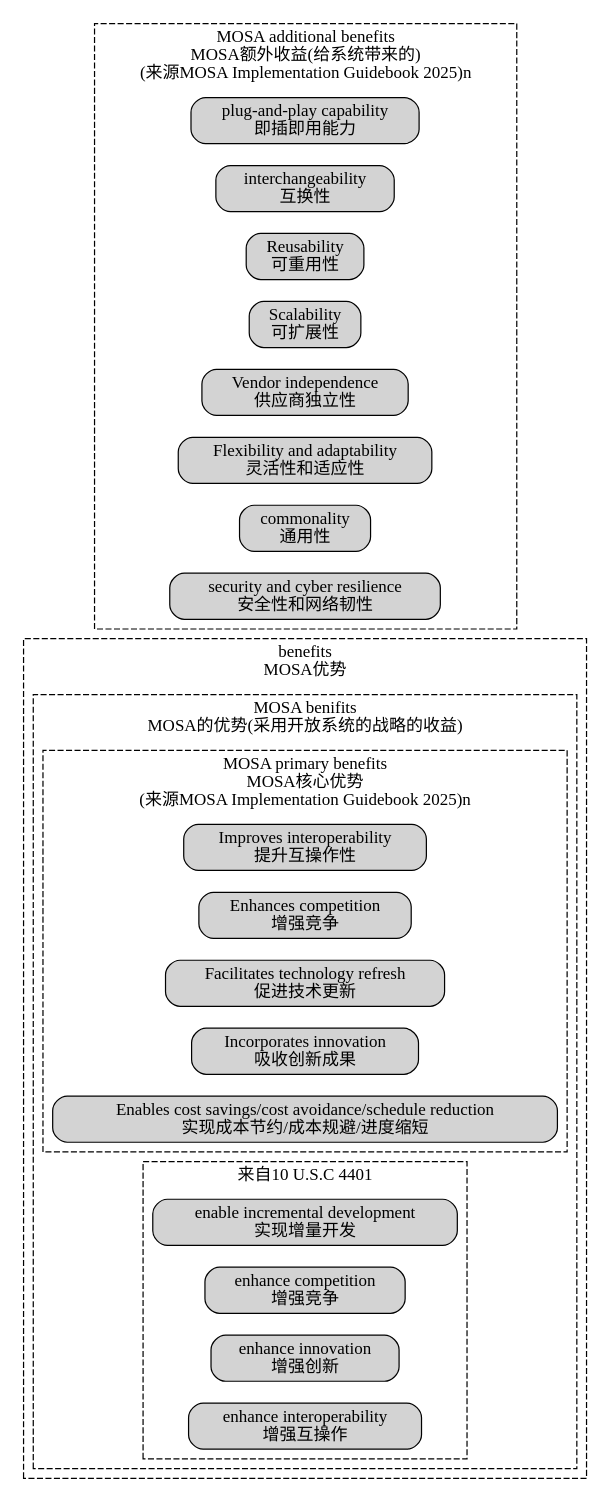
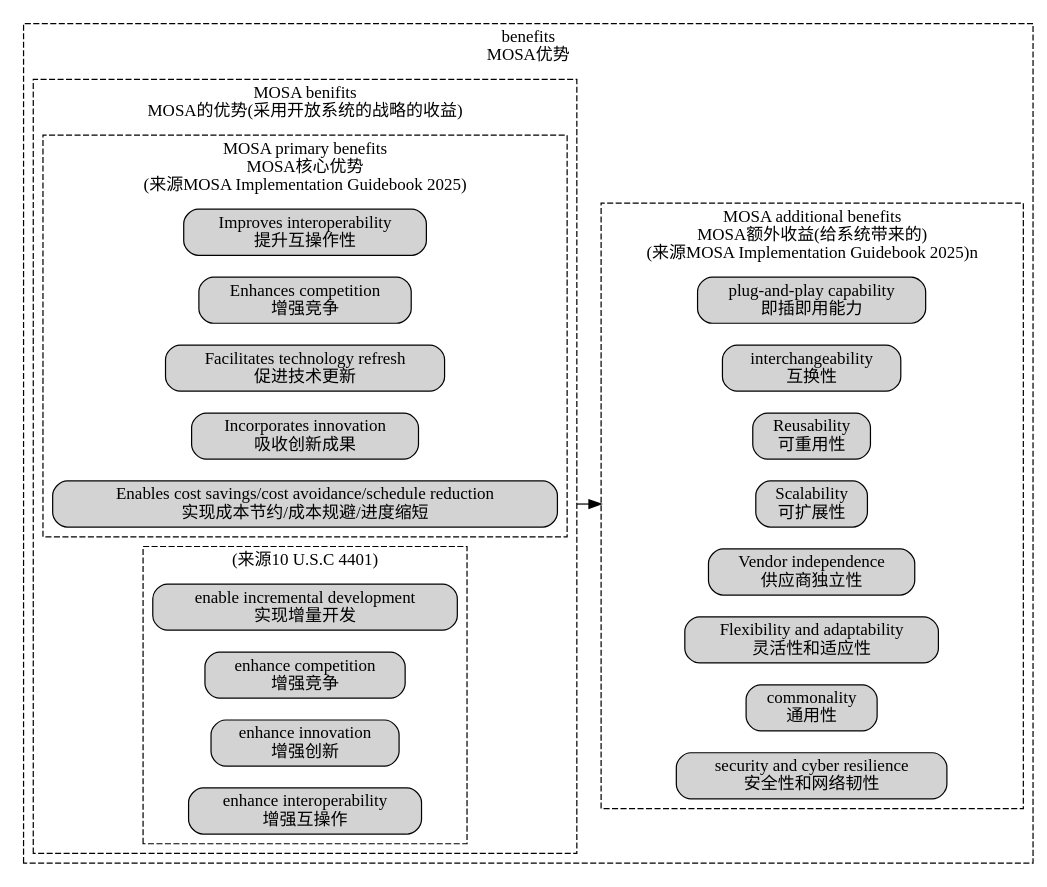
The diagram in parts/soa_feature_benifits.dot (chaozhang2000/soa), drawn with Graphviz before and after one commit. The commit also changed 2 other files, not shown here.

```diff
--- a/parts/soa_feature_benifits.dot
+++ b/parts/soa_feature_benifits.dot
@@ -1,42 +1,43 @@
 digraph G {
   graph [rankdir=LR,compound=true];
   node [shape=box, style="rounded,filled"];
 subgraph cluster_MOSA_benefits{
 	label="benefits\nMOSA优势"
 	style = dashed;
 subgraph cluster_MOSA_benefits1{
 	label="MOSA benifits\nMOSA的优势(采用开放系统的战略的收益)"
 	style = dashed;
 	
 	subgraph cluster_MOSA_primary_benefits{
-	label="MOSA primary benefits\nMOSA核心优势\n(来源MOSA Implementation Guidebook 2025)n"
+	label="MOSA primary benefits\nMOSA核心优势\n(来源MOSA Implementation Guidebook 2025)"
 	style = dashed;
 	MOSA_Benefit1[label="Improves interoperability\n提升互操作性"]
 	MOSA_Benefit2[label="Enhances competition\n增强竞争"]
 	MOSA_Benefit3[label="Facilitates technology refresh\n促进技术更新"]
 	MOSA_Benefit4[label="Incorporates innovation\n吸收创新成果"]
 	MOSA_Benefit5[label="Enables cost savings/cost avoidance/schedule reduction\n实现成本节约/成本规避/进度缩短"]
 	}
 subgraph cluster_MOSA_benefits2{
-	label="来自10 U.S.C 4401"
+	label="(来源10 U.S.C 4401)"
 	style = dashed;
 	MOSA_Benefit14[label="enable incremental development\n实现增量开发"]
 	MOSA_Benefit15[label="enhance competition\n增强竞争"]
 	MOSA_Benefit16[label="enhance innovation\n增强创新"]
 	MOSA_Benefit17[label="enhance interoperability\n增强互操作"]
-}
 }
 }
 	subgraph cluster_MOSA_additional_benefits{
 	label="MOSA additional benefits\nMOSA额外收益(给系统带来的)\n(来源MOSA Implementation Guidebook 2025)n"
 	style = dashed;
 	MOSA_Benefit6[label="plug-and-play capability\n即插即用能力"]
 	MOSA_Benefit7[label="interchangeability\n互换性"]
 	MOSA_Benefit8[label="Reusability\n可重用性"]
 	MOSA_Benefit9[label="Scalability\n可扩展性"]
 	MOSA_Benefit10[label="Vendor independence\n供应商独立性"]
 	MOSA_Benefit11[label="Flexibility and adaptability\n灵活性和适应性"]
 	MOSA_Benefit12[label="commonality\n通用性"]
 	MOSA_Benefit13[label="security and cyber resilience\n安全性和网络韧性"]
 	}
 }
+MOSA_Benefit5->MOSA_Benefit9[lhead = "cluster_MOSA_additional_benefits",ltail = "cluster_MOSA_benefits1"]
+}
```
